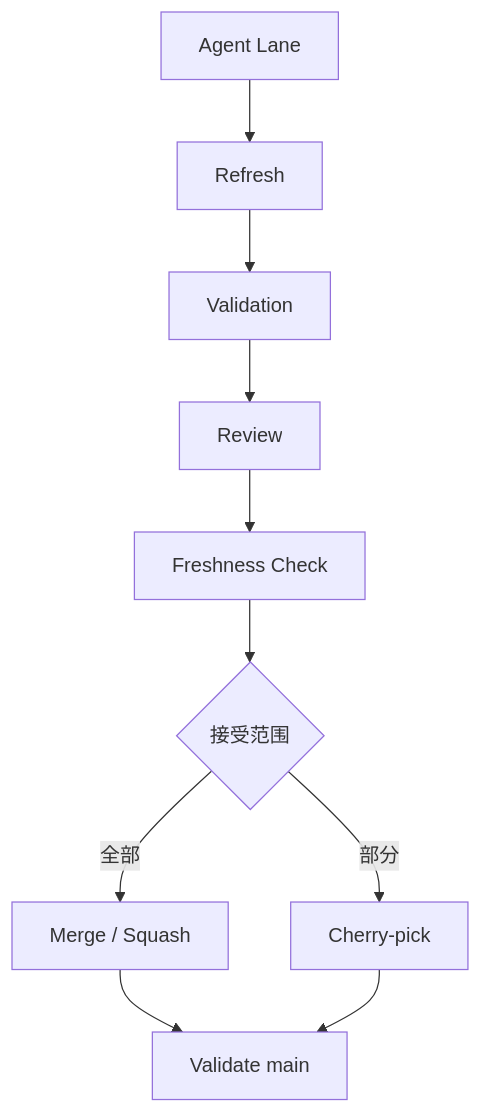
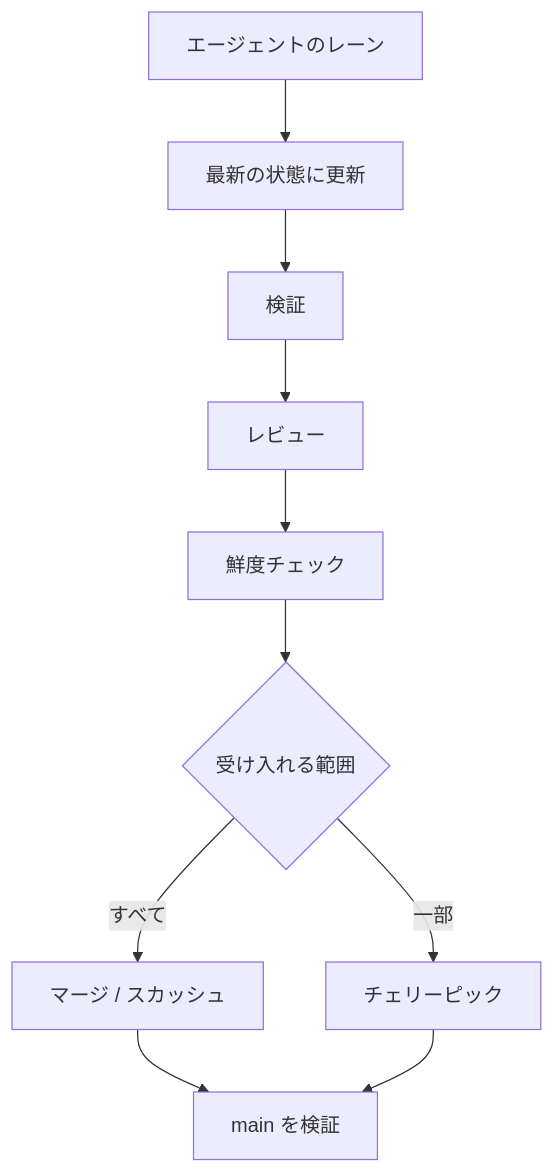
The second of 4 diagrams in README.ja.md (UlyssesLeoLee/MAGOS), drawn with Mermaid before and after one commit. The commit also changed other lines of this file and 1 other file, not shown here.

First line of the commit message:
docs: the Japanese README writes its diagrams and command comments in Japanese

````diff
--- a/README.ja.md
+++ b/README.ja.md
@@ -404,12 +404,12 @@
 ```mermaid
 flowchart TD
-    A["Agent Lane"] --> B["Refresh"]
-    B --> C["Validation"]
-    C --> D["Review"]
-    D --> E["Freshness Check"]
-    E --> F{"接受范围"}
-    F -->|"全部"| G["Merge / Squash"]
-    F -->|"部分"| H["Cherry-pick"]
-    G --> I["Validate main"]
+    A["エージェントのレーン"] --> B["最新の状態に更新"]
+    B --> C["検証"]
+    C --> D["レビュー"]
+    D --> E["鮮度チェック"]
+    E --> F{"受け入れる範囲"}
+    F -->|"すべて"| G["マージ / スカッシュ"]
+    F -->|"一部"| H["チェリーピック"]
+    G --> I["main を検証"]
     H --> I
 ```
````
